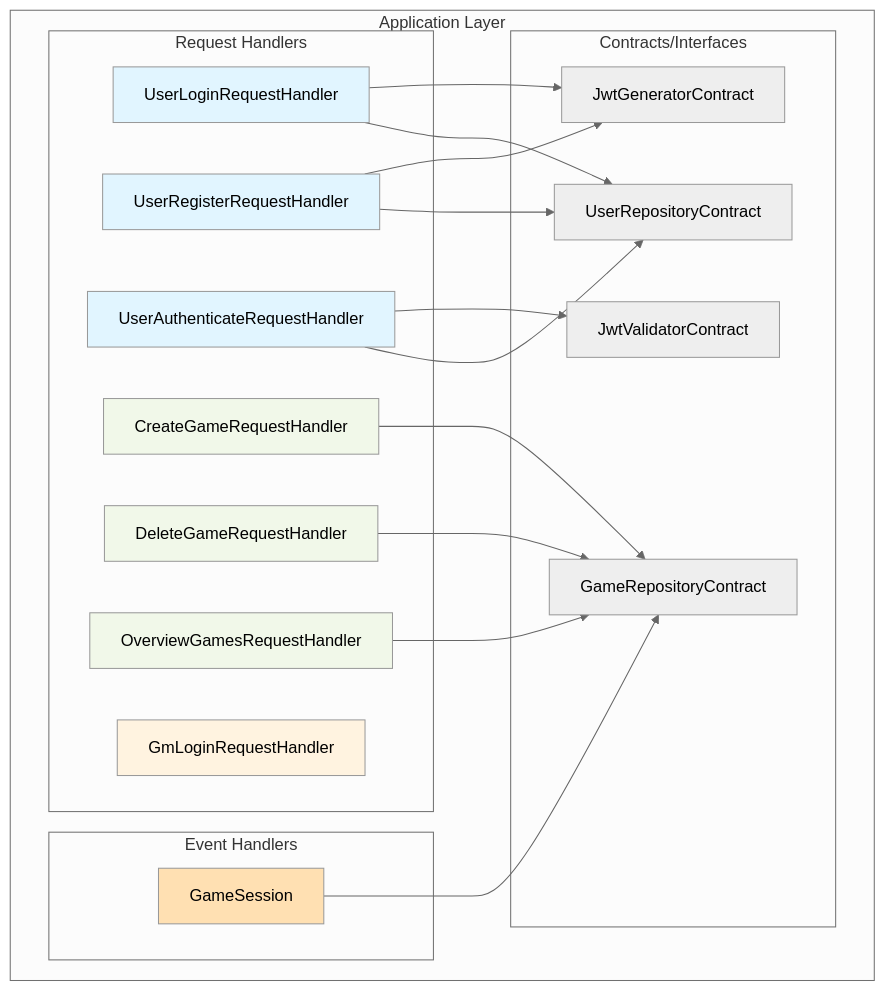
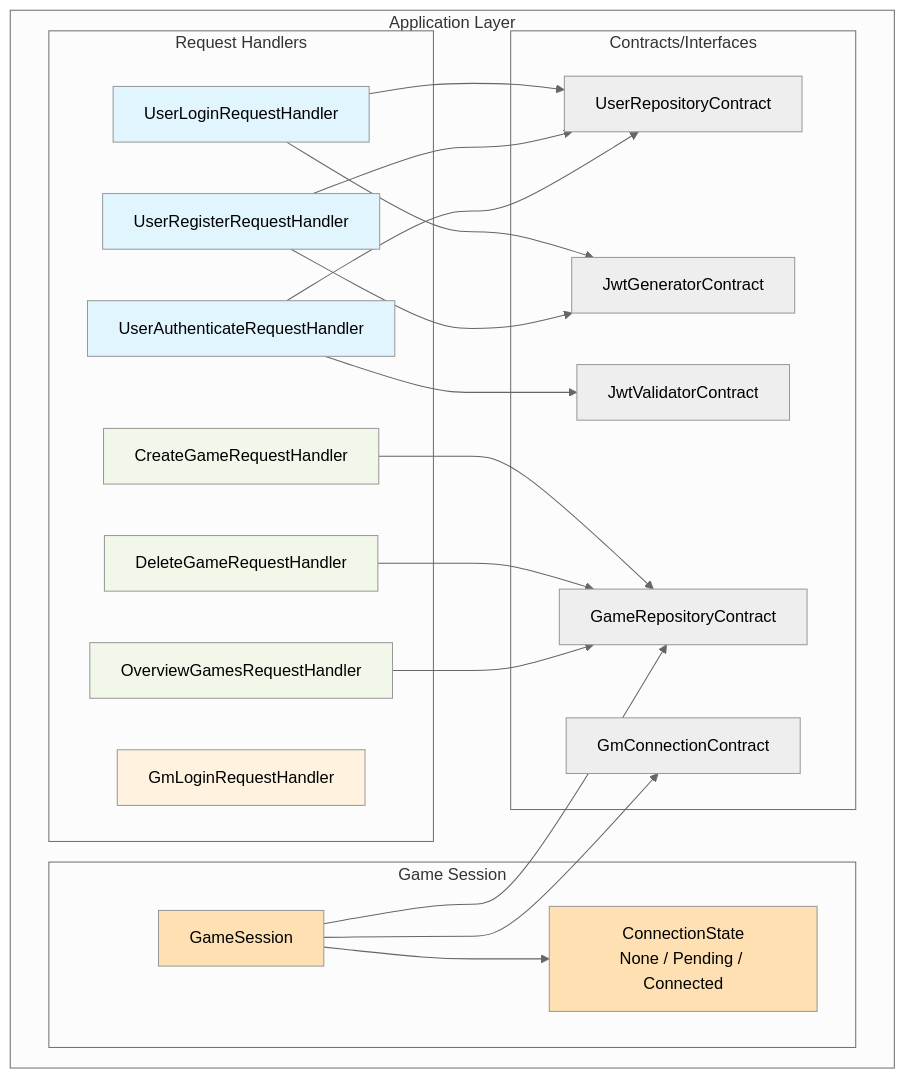
One commit to jakob-rzeppa/turnkeeper changed the third of 13 diagrams in backend/ARCHITECTURE.md. Above: the diagram before and after it, drawn with Mermaid (neutral theme). The commit also changed other lines of this file and 2 other files, not shown here.

````diff
--- a/backend/ARCHITECTURE.md
+++ b/backend/ARCHITECTURE.md
@@ -127,45 +127,50 @@
 ```mermaid
 graph TB
     subgraph "Application Layer"
         subgraph "Request Handlers"
             ULogin[UserLoginRequestHandler]
             URegister[UserRegisterRequestHandler]
             UAuth[UserAuthenticateRequestHandler]
             GLogin[GmLoginRequestHandler]
             GameCreate[CreateGameRequestHandler]
             GameDelete[DeleteGameRequestHandler]
             GameOverview[OverviewGamesRequestHandler]
         end
 
-        subgraph "Event Handlers"
-            GameEvents[GameSession]
+        subgraph "Game Session"
+            GameSess[GameSession]
+            ConnState[ConnectionState<br/>None / Pending / Connected]
         end
 
         subgraph "Contracts/Interfaces"
             UserRepo[UserRepositoryContract]
             GameRepo[GameRepositoryContract]
+            GmConnContract[GmConnectionContract]
             JwtGen[JwtGeneratorContract]
             JwtVal[JwtValidatorContract]
         end
     end
 
     ULogin --> UserRepo
     ULogin --> JwtGen
     URegister --> UserRepo
     URegister --> JwtGen
     UAuth --> UserRepo
     UAuth --> JwtVal
     GameCreate --> GameRepo
     GameDelete --> GameRepo
     GameOverview --> GameRepo
-    GameEvents --> GameRepo
+    GameSess --> GameRepo
+    GameSess --> GmConnContract
+    GameSess --> ConnState
 
     style ULogin fill:#e1f5ff
     style URegister fill:#e1f5ff
     style UAuth fill:#e1f5ff
     style GLogin fill:#fff3e0
     style GameCreate fill:#f1f8e9
     style GameDelete fill:#f1f8e9
     style GameOverview fill:#f1f8e9
-    style GameEvents fill:#ffe0b2
+    style GameSess fill:#ffe0b2
+    style ConnState fill:#ffe0b2
 ```
````
